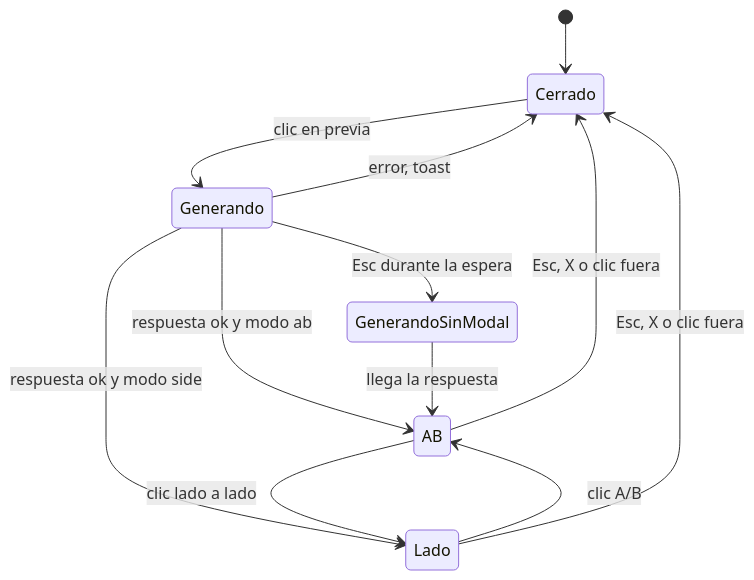
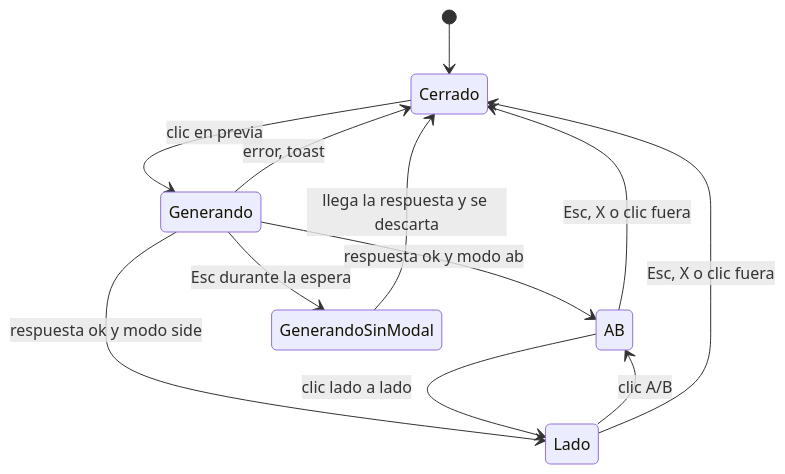
One commit to s110/resizer changed the seventh of 12 diagrams in docs/codebase/STATE_MACHINES.md. Above: the diagram before and after it, drawn with Mermaid. The commit also changed other lines of this file, not shown here.

````diff
--- a/docs/codebase/STATE_MACHINES.md
+++ b/docs/codebase/STATE_MACHINES.md
@@ -490,14 +544,14 @@
 ```mermaid
 stateDiagram-v2
     [*] --> Cerrado
     Cerrado --> Generando: clic en previa
     Generando --> AB: respuesta ok y modo ab
     Generando --> Lado: respuesta ok y modo side
     Generando --> Cerrado: error, toast
     AB --> Lado: clic lado a lado
     Lado --> AB: clic A/B
     AB --> Cerrado: Esc, X o clic fuera
     Lado --> Cerrado: Esc, X o clic fuera
     Generando --> GenerandoSinModal: Esc durante la espera
-    GenerandoSinModal --> AB: llega la respuesta
+    GenerandoSinModal --> Cerrado: llega la respuesta y se descarta
 ```
````
